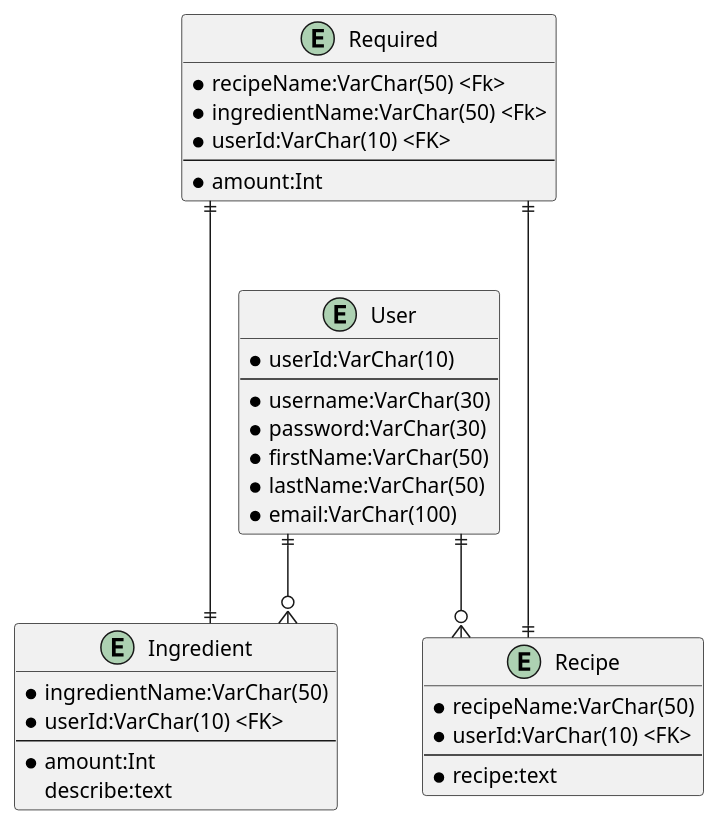
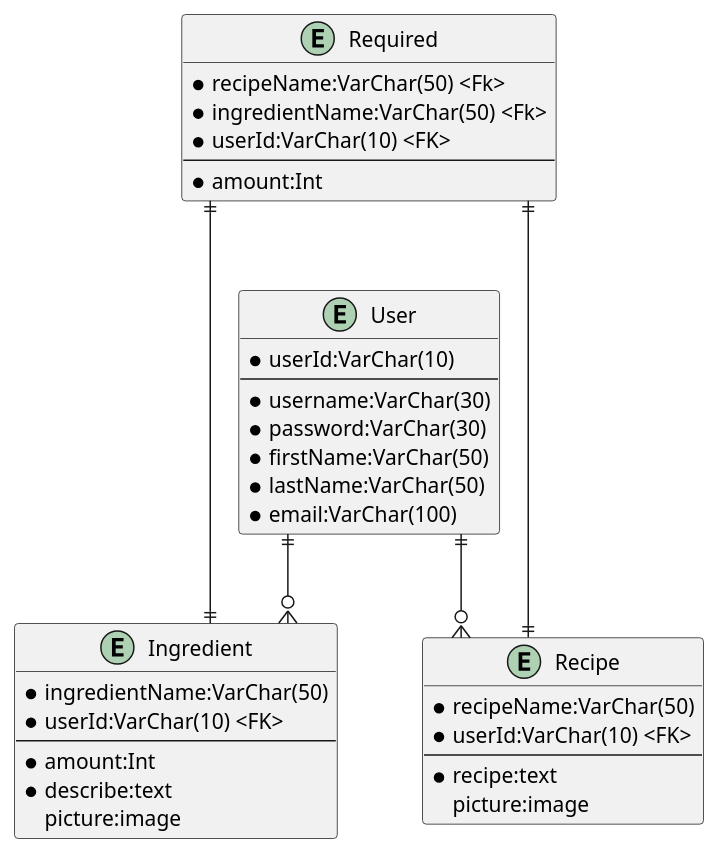
The diagram in BTeamERD.puml (bluewolf44/PantryPal), drawn with PlantUML before and after one commit.

Commit message:
added picture to puml

```diff
--- a/BTeamERD.puml
+++ b/BTeamERD.puml
@@ -1,44 +1,46 @@
 @startuml
 
 skinparam linetype polyline
 skinparam linetype ortho
 
     entity User {
         * userId:VarChar(10)
         --
         * username:VarChar(30)
         * password:VarChar(30)
         * firstName:VarChar(50)
         * lastName:VarChar(50)
         * email:VarChar(100)
     }
 
     entity Ingredient {
-        *ingredientName:VarChar(50)
-        *userId:VarChar(10) <FK>
+        * ingredientName:VarChar(50)
+        * userId:VarChar(10) <FK>
         --
-        *amount:Int
-        describe:text
+        * amount:Int
+        * describe:text
+        picture:image
     }
 
     entity Recipe {
-        *recipeName:VarChar(50)
-        *userId:VarChar(10) <FK>
+        * recipeName:VarChar(50)
+        * userId:VarChar(10) <FK>
         --
-        *recipe:text
+        * recipe:text
+        picture:image
     }
 
     entity Required {
-        *recipeName:VarChar(50) <Fk>
-        *ingredientName:VarChar(50) <Fk>
-        *userId:VarChar(10) <FK>
+        * recipeName:VarChar(50) <Fk>
+        * ingredientName:VarChar(50) <Fk>
+        * userId:VarChar(10) <FK>
         --
         * amount:Int
     }
 
     User ||--o{ Ingredient
     User ||--o{ Recipe
     Required ||---|| Recipe
     Required ||---|| Ingredient
 
 @enduml
```
